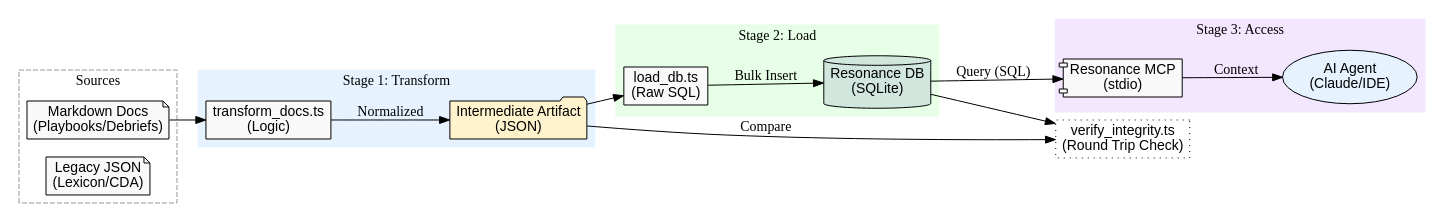
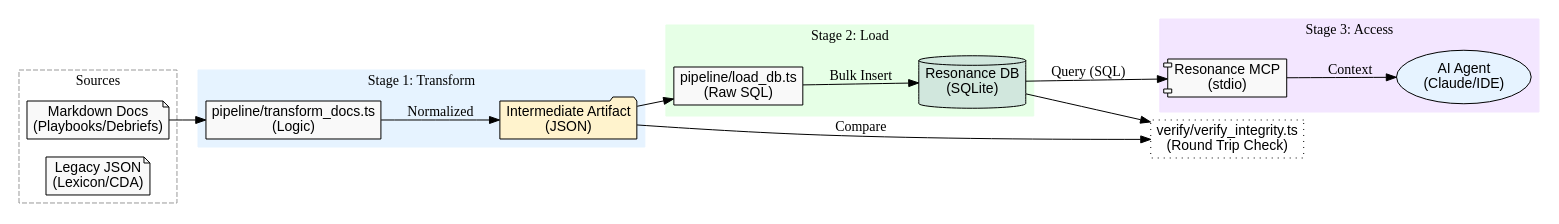
Before and after one commit to pjsvis/polyvis: the diagram in docs/data-architecture.md, drawn with Graphviz. The commit also changed 53 other files, not shown here.

````diff
--- a/docs/data-architecture.md
+++ b/docs/data-architecture.md
@@ -14,50 +14,50 @@
 ```dot
 digraph Pipeline {
     rankdir=LR;
     node [shape=box, style=filled, fillcolor="#f9f9f9", fontname="Arial"];
     
     subgraph cluster_sources {
         label = "Sources";
         style = dashed;
         color = "#999999";
         MD [label="Markdown Docs\n(Playbooks/Debriefs)", shape=note];
         Legacy [label="Legacy JSON\n(Lexicon/CDA)", shape=note];
     }
 
     subgraph cluster_transform {
         label = "Stage 1: Transform";
         style = filled;
         color = "#e6f3ff";
-        Transformer [label="transform_docs.ts\n(Logic)"];
+        Transformer [label="pipeline/transform_docs.ts\n(Logic)"];
         Artifact [label="Intermediate Artifact\n(JSON)", shape=folder, fillcolor="#fff3cd"];
     }
 
     subgraph cluster_load {
         label = "Stage 2: Load";
         style = filled;
         color = "#e6ffe6";
-        Loader [label="load_db.ts\n(Raw SQL)"];
+        Loader [label="pipeline/load_db.ts\n(Raw SQL)"];
         DB [label="Resonance DB\n(SQLite)", shape=cylinder, fillcolor="#d1e7dd"];
     }
 
-    Ver [label="verify_integrity.ts\n(Round Trip Check)", style=dotted];
+    Ver [label="verify/verify_integrity.ts\n(Round Trip Check)", style=dotted];
 
     subgraph cluster_access {
         label = "Stage 3: Access";
         style = filled;
         color = "#f3e6ff";
         MCP [label="Resonance MCP\n(stdio)", shape=component];
         Agent [label="AI Agent\n(Claude/IDE)", shape=ellipse, fillcolor="#e6f3ff"];
     }
 
     MD -> Transformer;
     Transformer -> Artifact [label="Normalized"];
     Artifact -> Loader;
     Loader -> DB [label="Bulk Insert"];
     DB -> Ver;
     Artifact -> Ver [label="Compare"];
     
     DB -> MCP [label="Query (SQL)"];
     MCP -> Agent [label="Context"];
 }
 ```
````
